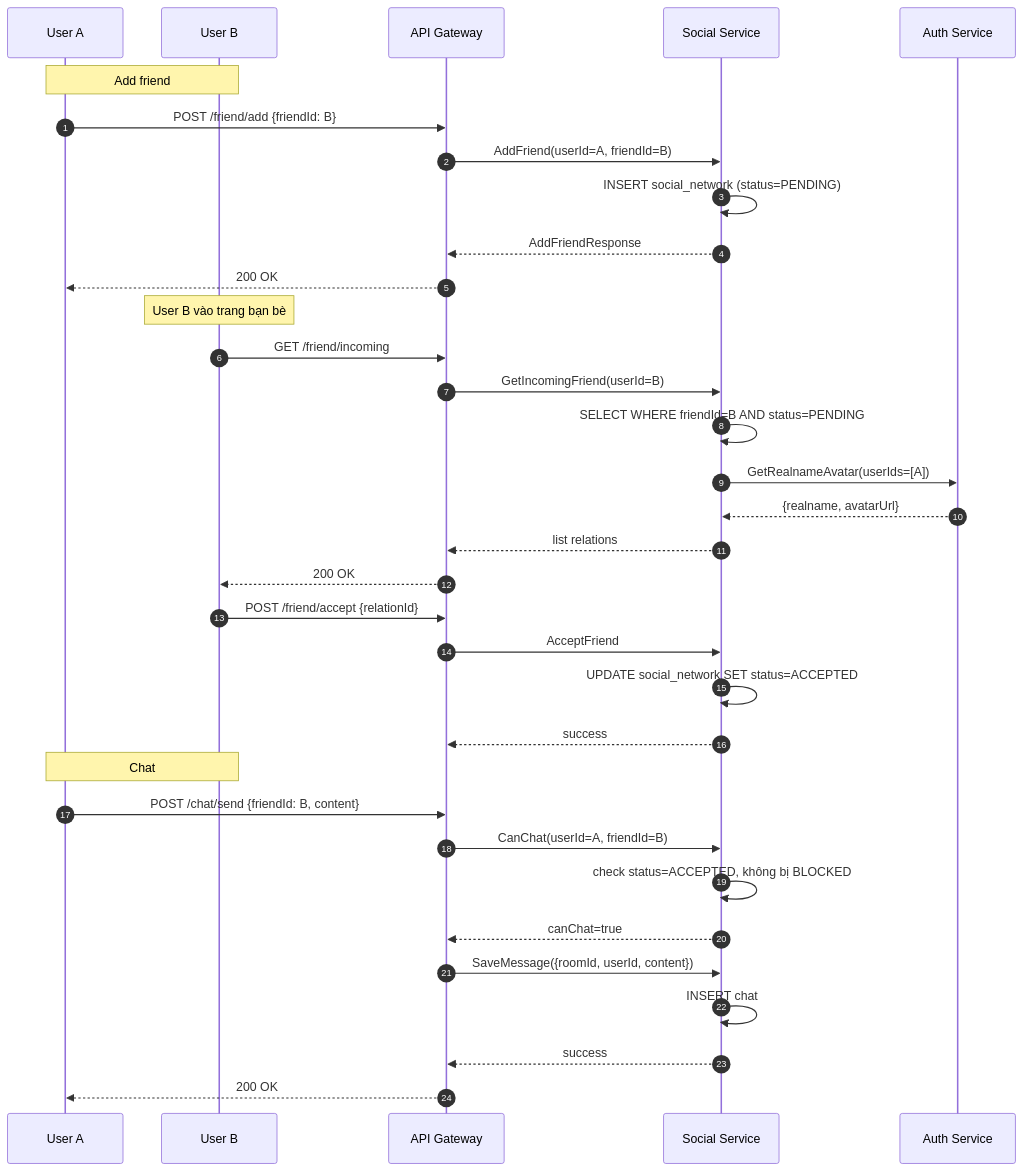
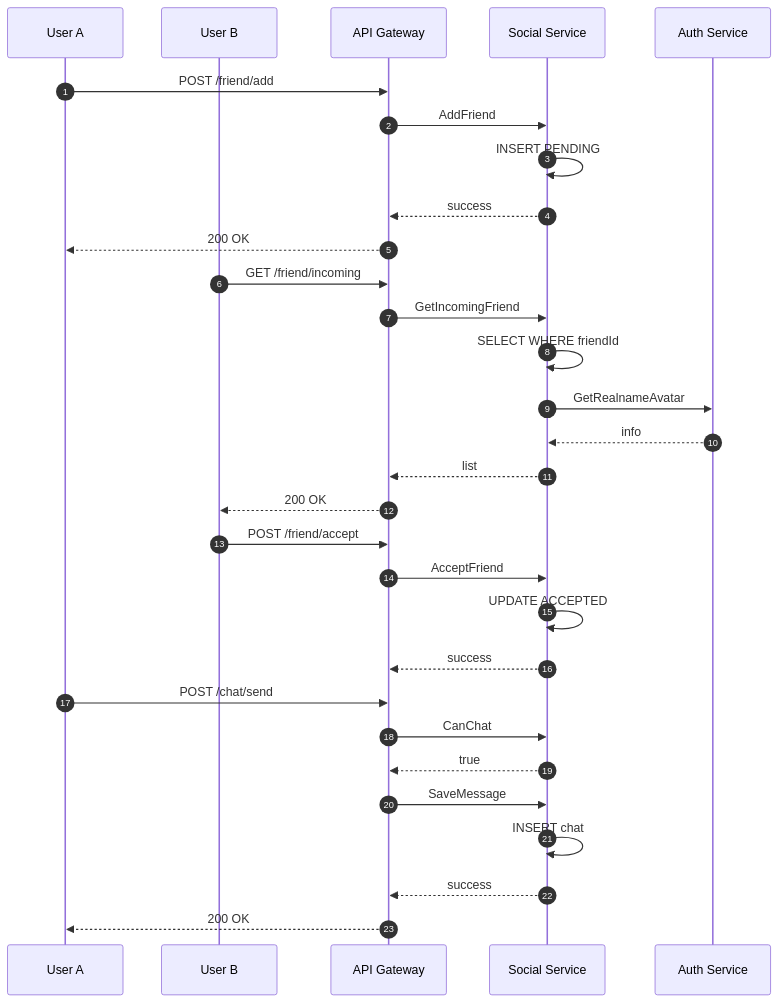
Before and after one commit to DANG-PH/dragonboy-api-gateway: diagram 13 of 18 in docs/architecture.md, drawn with Mermaid. The commit also changed other lines of this file, not shown here.

Commit message:
fix: architecture docs with erd, diagram, usecase,...

````diff
--- a/docs/architecture.md
+++ b/docs/architecture.md
@@ -839,43 +851,36 @@
 ```mermaid
 sequenceDiagram
     autonumber
     participant U1 as User A
     participant U2 as User B
     participant GW as API Gateway
     participant Social as Social Service
     participant Auth as Auth Service
 
-    Note over U1,U2: Add friend
-
-    U1->>GW: POST /friend/add {friendId: B}
-    GW->>Social: AddFriend(userId=A, friendId=B)
-    Social->>Social: INSERT social_network (status=PENDING)
-    Social-->>GW: AddFriendResponse
+    U1->>GW: POST /friend/add
+    GW->>Social: AddFriend
+    Social->>Social: INSERT PENDING
+    Social-->>GW: success
     GW-->>U1: 200 OK
 
-    Note over U2: User B vào trang bạn bè
-
     U2->>GW: GET /friend/incoming
-    GW->>Social: GetIncomingFriend(userId=B)
-    Social->>Social: SELECT WHERE friendId=B AND status=PENDING
-    Social->>Auth: GetRealnameAvatar(userIds=[A])
-    Auth-->>Social: {realname, avatarUrl}
-    Social-->>GW: list relations
+    GW->>Social: GetIncomingFriend
+    Social->>Social: SELECT WHERE friendId
+    Social->>Auth: GetRealnameAvatar
+    Auth-->>Social: info
+    Social-->>GW: list
     GW-->>U2: 200 OK
 
-    U2->>GW: POST /friend/accept {relationId}
+    U2->>GW: POST /friend/accept
     GW->>Social: AcceptFriend
-    Social->>Social: UPDATE social_network SET status=ACCEPTED
+    Social->>Social: UPDATE ACCEPTED
     Social-->>GW: success
 
-    Note over U1,U2: Chat
-
-    U1->>GW: POST /chat/send {friendId: B, content}
-    GW->>Social: CanChat(userId=A, friendId=B)
-    Social->>Social: check status=ACCEPTED, không bị BLOCKED
-    Social-->>GW: canChat=true
-    GW->>Social: SaveMessage({roomId, userId, content})
+    U1->>GW: POST /chat/send
+    GW->>Social: CanChat
+    Social-->>GW: true
+    GW->>Social: SaveMessage
     Social->>Social: INSERT chat
     Social-->>GW: success
     GW-->>U1: 200 OK
 ```
````
